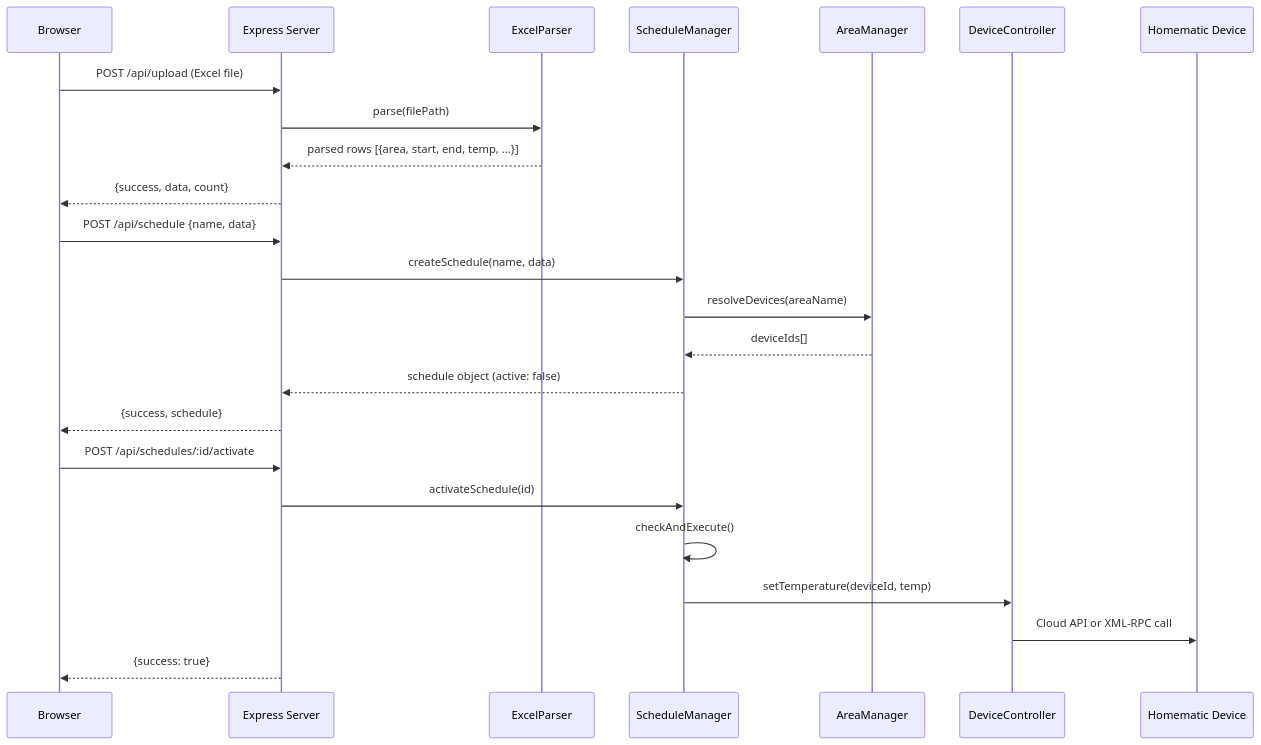
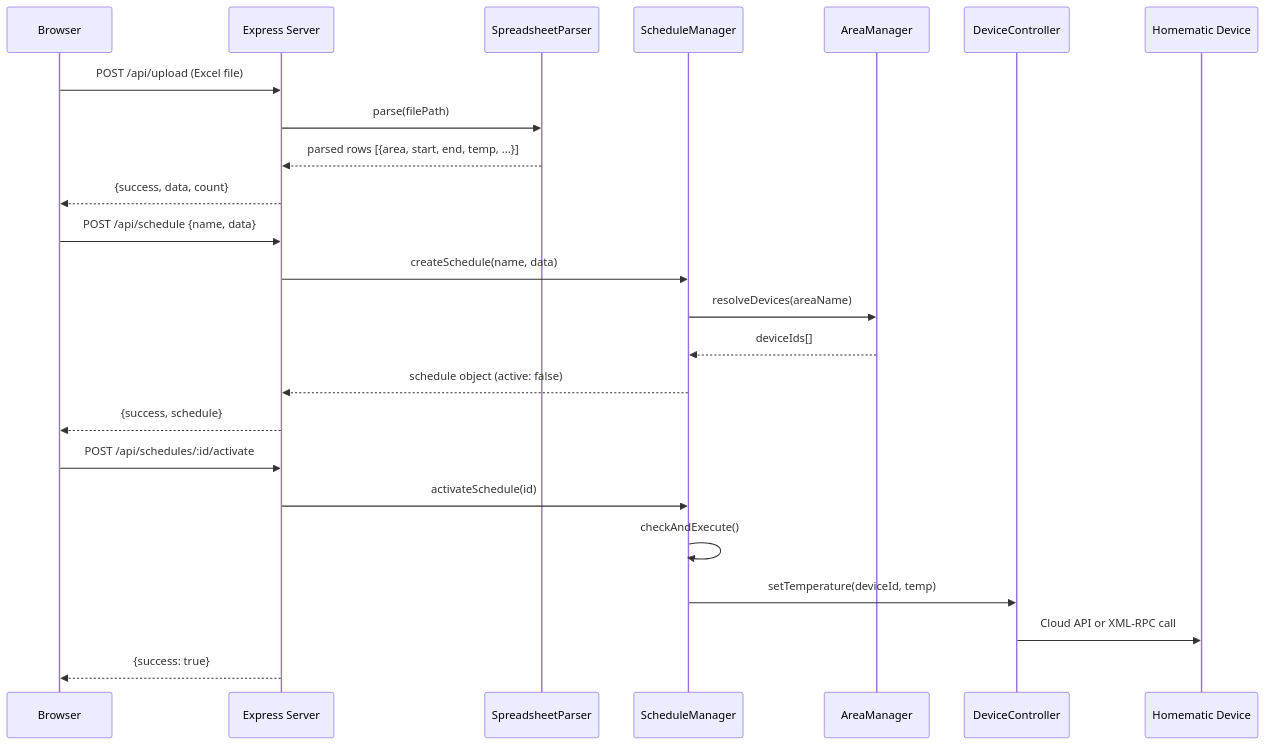
One commit to rore78/homematicHeatingWithNumbersFile changed the first of 3 diagrams in docs/api-reference.md. Above: the diagram before and after it, drawn with Mermaid. The commit also changed other lines of this file and 72 other files, not shown here.

````diff
--- a/docs/api-reference.md
+++ b/docs/api-reference.md
@@ -342,29 +886,29 @@
 ```mermaid
 sequenceDiagram
     participant User as Browser
     participant Server as Express Server
-    participant Parser as ExcelParser
+    participant Parser as SpreadsheetParser
     participant SM as ScheduleManager
     participant AM as AreaManager
     participant DC as DeviceController
     participant HW as Homematic Device
 
     User->>Server: POST /api/upload (Excel file)
     Server->>Parser: parse(filePath)
     Parser-->>Server: parsed rows [{area, start, end, temp, ...}]
     Server-->>User: {success, data, count}
 
     User->>Server: POST /api/schedule {name, data}
     Server->>SM: createSchedule(name, data)
     SM->>AM: resolveDevices(areaName)
     AM-->>SM: deviceIds[]
     SM-->>Server: schedule object (active: false)
     Server-->>User: {success, schedule}
 
     User->>Server: POST /api/schedules/:id/activate
     Server->>SM: activateSchedule(id)
     SM->>SM: checkAndExecute()
     SM->>DC: setTemperature(deviceId, temp)
     DC->>HW: Cloud API or XML-RPC call
     Server-->>User: {success: true}
 ```
````
